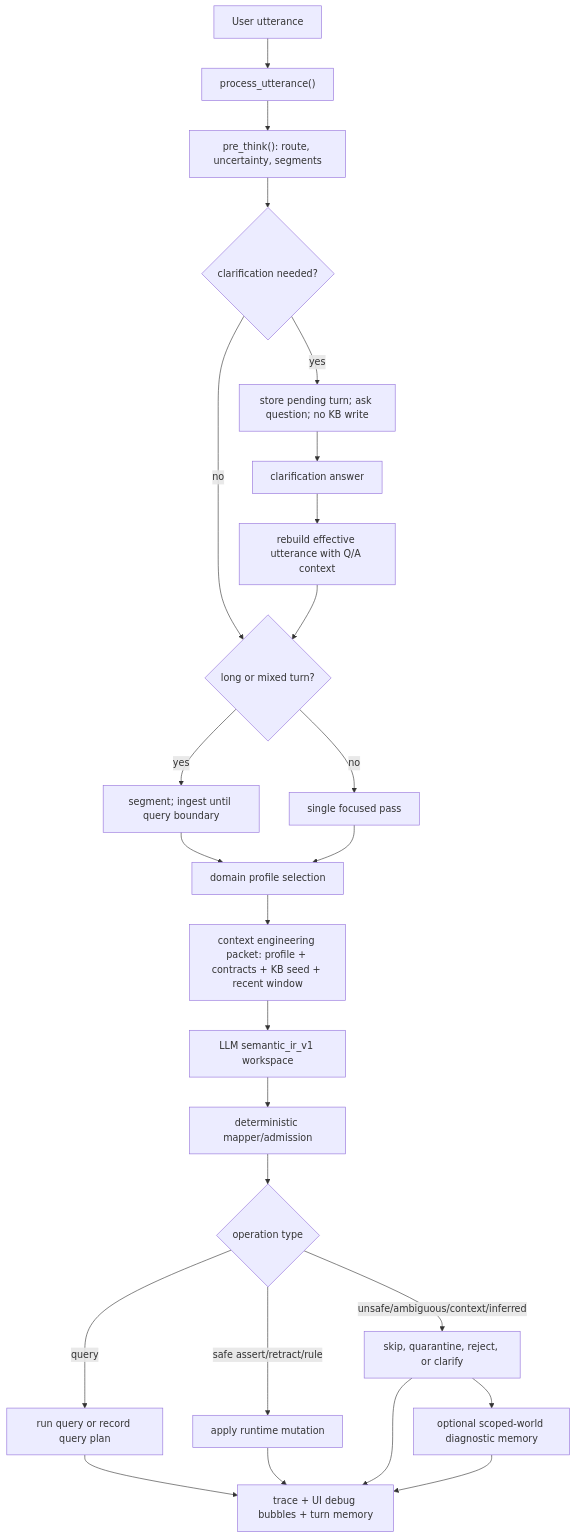
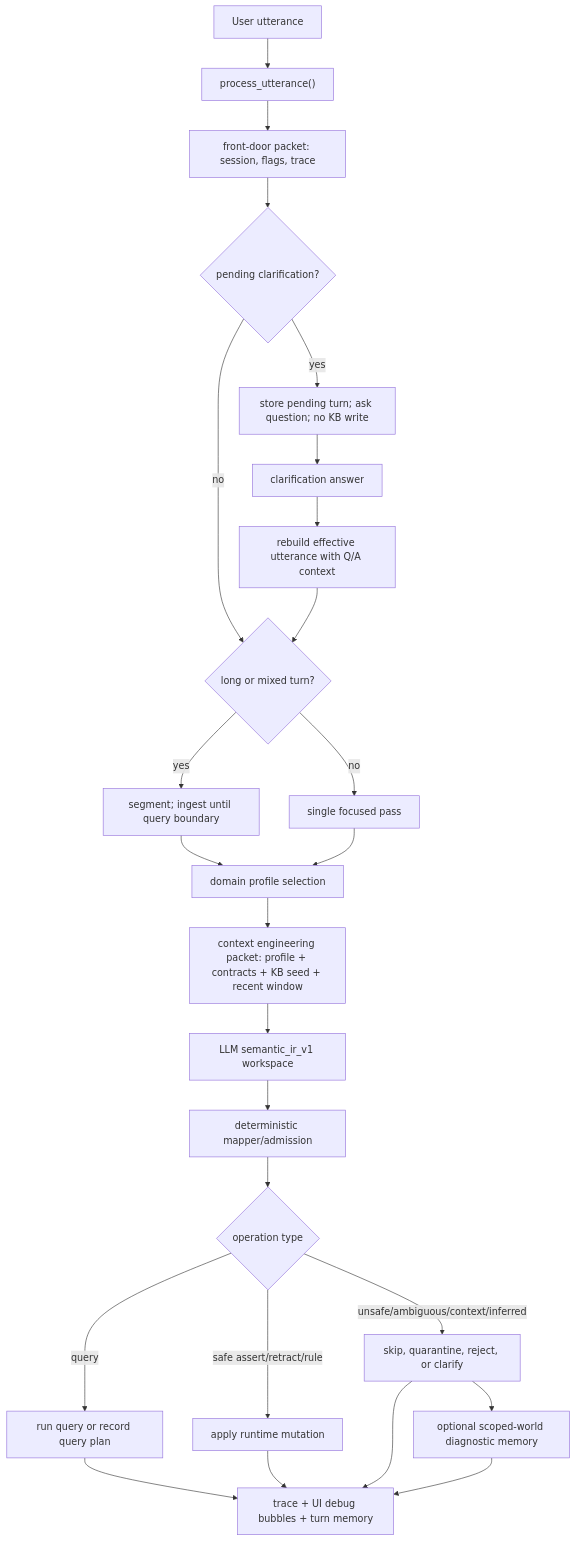
One commit to dr3d/prethinker changed the diagram in docs/CURRENT_UTTERANCE_PIPELINE.md. Above: the diagram before and after it, drawn with Mermaid. The commit also changed other lines of this file and 12 other files, not shown here.

````diff
--- a/docs/CURRENT_UTTERANCE_PIPELINE.md
+++ b/docs/CURRENT_UTTERANCE_PIPELINE.md
@@ -45,27 +45,27 @@
 ```mermaid
 flowchart TD
   A["User utterance"] --> B["process_utterance()"]
-  B --> C["pre_think(): route, uncertainty, segments"]
-  C --> D{"clarification needed?"}
+  B --> C["front-door packet: session, flags, trace"]
+  C --> D{"pending clarification?"}
   D -- "yes" --> E["store pending turn; ask question; no KB write"]
   E --> F["clarification answer"]
   F --> G["rebuild effective utterance with Q/A context"]
   D -- "no" --> H{"long or mixed turn?"}
   G --> H
   H -- "yes" --> I["segment; ingest until query boundary"]
   H -- "no" --> J["single focused pass"]
   I --> K["domain profile selection"]
   J --> K
   K --> L["context engineering packet: profile + contracts + KB seed + recent window"]
   L --> M["LLM semantic_ir_v1 workspace"]
   M --> N["deterministic mapper/admission"]
   N --> O{"operation type"}
   O -- "query" --> P["run query or record query plan"]
   O -- "safe assert/retract/rule" --> Q["apply runtime mutation"]
   O -- "unsafe/ambiguous/context/inferred" --> R["skip, quarantine, reject, or clarify"]
   R --> T["optional scoped-world diagnostic memory"]
   P --> S["trace + UI debug bubbles + turn memory"]
   Q --> S
   R --> S
   T --> S
 ```
````
